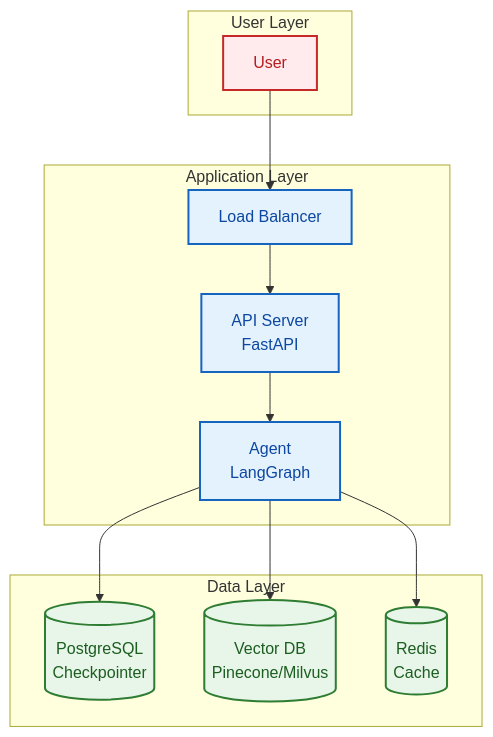
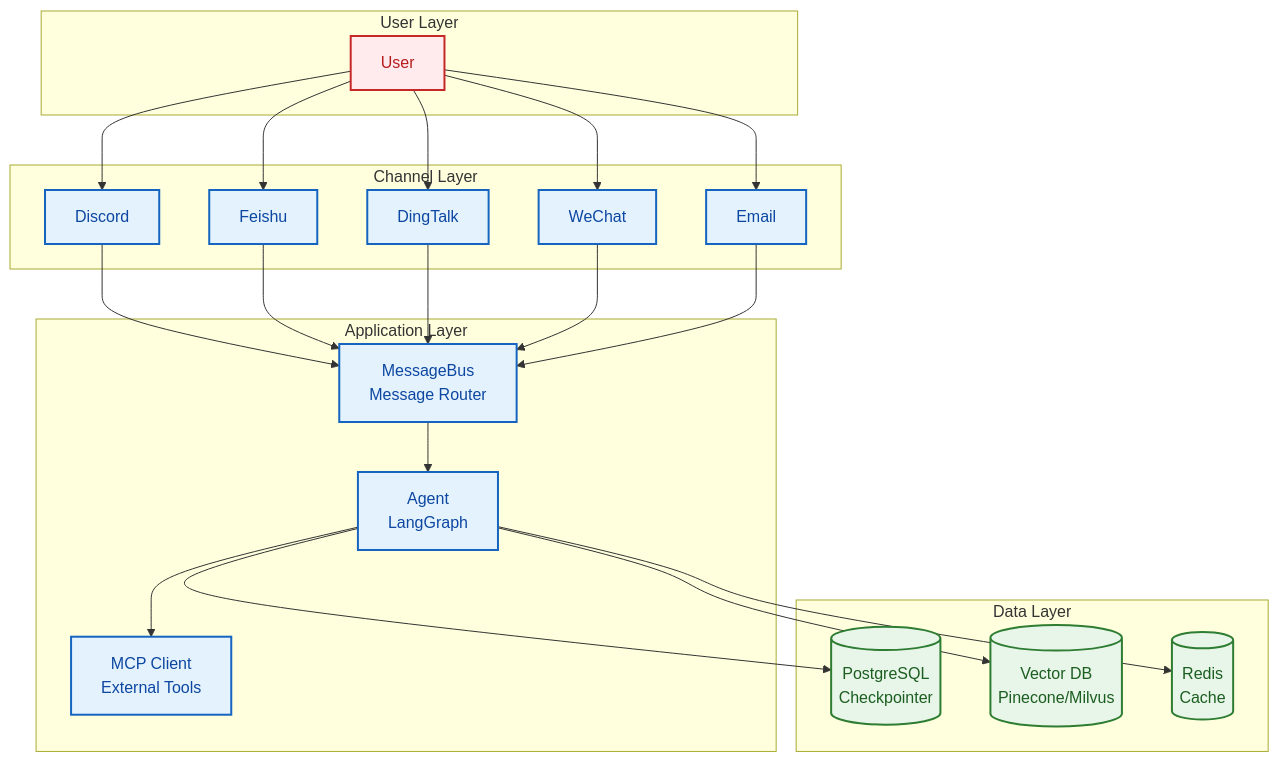
Before and after one commit to xt765/FinchBot: the first of 2 diagrams in docs/en-US/deployment.md, drawn with Mermaid. The commit also changed other lines of this file and 10 other files, not shown here.

First line of the commit message:
docs: 全面更新文档，移除过时内容，添加 MCP 和 Channel 支持

````diff
--- a/docs/en-US/deployment.md
+++ b/docs/en-US/deployment.md
@@ -186,27 +208,36 @@
 ```mermaid
 flowchart TB
     classDef userLayer fill:#ffebee,stroke:#c62828,stroke-width:2px,color:#b71c1c;
     classDef appLayer fill:#e3f2fd,stroke:#1565c0,stroke-width:2px,color:#0d47a1;
     classDef dataLayer fill:#e8f5e9,stroke:#2e7d32,stroke-width:2px,color:#1b5e20;
 
     subgraph Users [User Layer]
         U[User]:::userLayer
     end
 
+    subgraph Channels [Channel Layer]
+        Discord[Discord]:::appLayer
+        Feishu[Feishu]:::appLayer
+        DingTalk[DingTalk]:::appLayer
+        WeChat[WeChat]:::appLayer
+        Email[Email]:::appLayer
+    end
+
     subgraph App [Application Layer]
-        LB[Load Balancer]:::appLayer
-        API[API Server<br/>FastAPI]:::appLayer
+        Bus[MessageBus<br/>Message Router]:::appLayer
         Agent[Agent<br/>LangGraph]:::appLayer
+        MCP[MCP Client<br/>External Tools]:::appLayer
     end
 
     subgraph Data [Data Layer]
         PG[(PostgreSQL<br/>Checkpointer)]:::dataLayer
         Vector[(Vector DB<br/>Pinecone/Milvus)]:::dataLayer
         Redis[(Redis<br/>Cache)]:::dataLayer
     end
 
-    U --> LB
-    LB --> API
-    API --> Agent
+    U --> Discord & Feishu & DingTalk & WeChat & Email
+    Discord & Feishu & DingTalk & WeChat & Email --> Bus
+    Bus --> Agent
+    Agent --> MCP
     Agent --> PG & Vector & Redis
 ```
````
